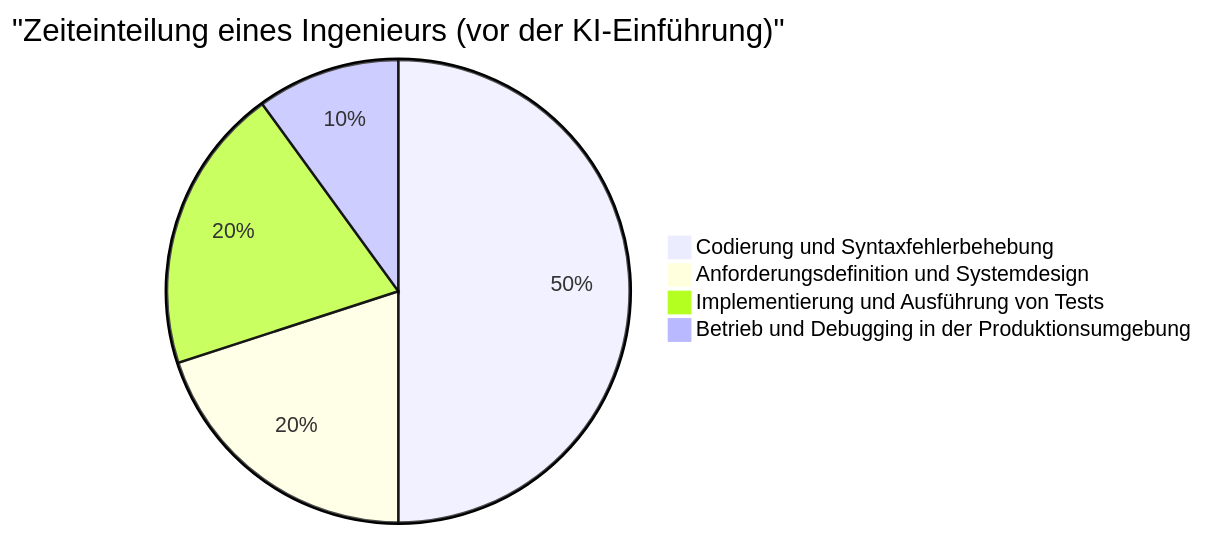
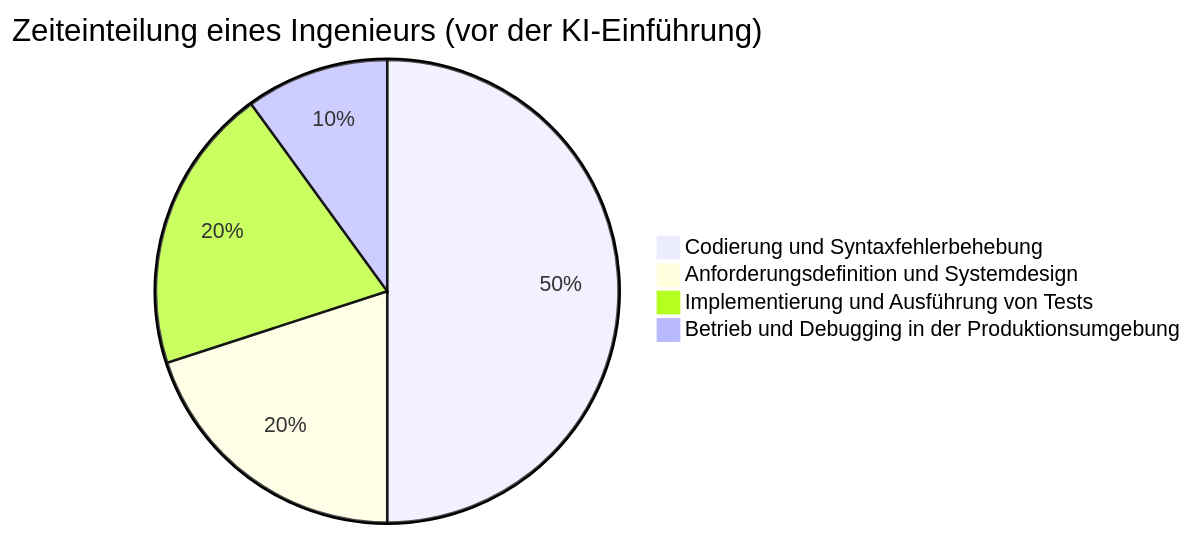
The third of 4 diagrams in content/post/human_engineer_skills/index.de.md (kenjinote/blog), drawn with Mermaid before and after one commit. The commit also changed other lines of this file and 703 other files, not shown here.

Commit message:
Fix: Remove quotes from Mermaid link texts and timeline definitions to support Mermaid 11.4.1

````diff
--- a/content/post/human_engineer_skills/index.de.md
+++ b/content/post/human_engineer_skills/index.de.md
@@ -182,7 +182,7 @@
 ```mermaid
-pie title "Zeiteinteilung eines Ingenieurs (vor der KI-Einführung)"
+pie title Zeiteinteilung eines Ingenieurs (vor der KI-Einführung)
   "Codierung und Syntaxfehlerbehebung": 50
   "Anforderungsdefinition und Systemdesign": 20
   "Implementierung und Ausführung von Tests": 20
   "Betrieb und Debugging in der Produktionsumgebung": 10
 ```
````
